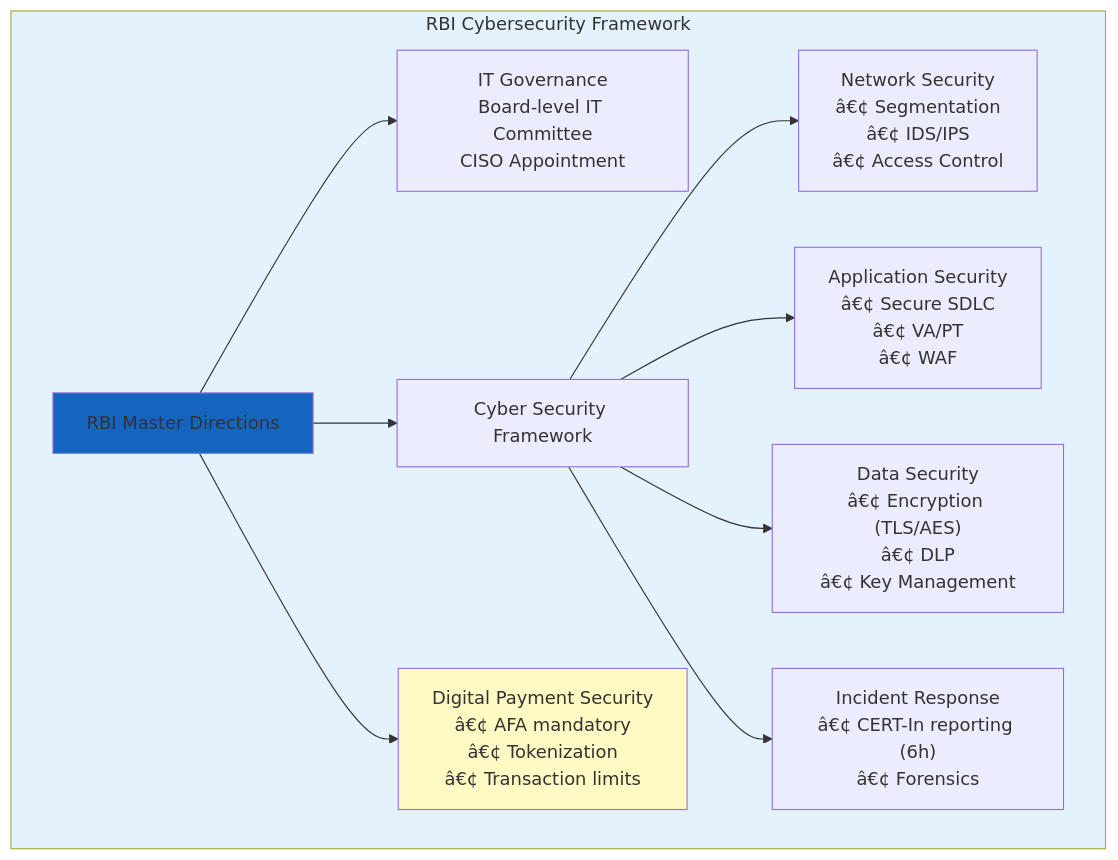
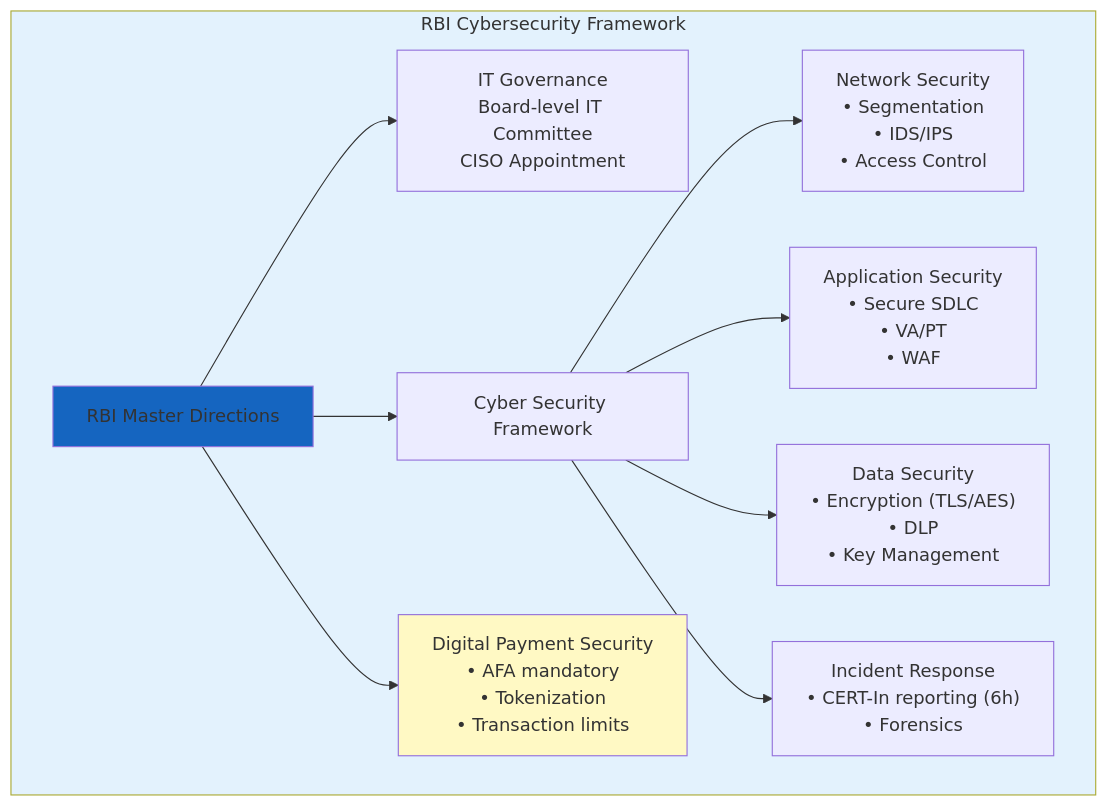
Before and after one commit to Raushan666java/ai-engineering-journey: the first of 4 diagrams in docs/courses/information-security/05-banking-payment-security.md, drawn with Mermaid. The commit also changed other lines of this file and 965 other files, not shown here.

````diff
--- a/docs/courses/information-security/05-banking-payment-security.md
+++ b/docs/courses/information-security/05-banking-payment-security.md
@@ -83,15 +83,15 @@
 ```mermaid
 flowchart TD
     subgraph RBIFramework[RBI Cybersecurity Framework]
         RB["RBI Master Directions"] --> ITG["IT Governance<br/>Board-level IT Committee<br/>CISO Appointment"]
         RB --> CSF["Cyber Security Framework"]
-        CSF --> NS["Network Security<br/>â€¢ Segmentation<br/>â€¢ IDS/IPS<br/>â€¢ Access Control"]
-        CSF --> AS["Application Security<br/>â€¢ Secure SDLC<br/>â€¢ VA/PT<br/>â€¢ WAF"]
-        CSF --> DS["Data Security<br/>â€¢ Encryption (TLS/AES)<br/>â€¢ DLP<br/>â€¢ Key Management"]
-        CSF --> IR["Incident Response<br/>â€¢ CERT-In reporting (6h)<br/>â€¢ Forensics"]
-        RB --> PAY["Digital Payment Security<br/>â€¢ AFA mandatory<br/>â€¢ Tokenization<br/>â€¢ Transaction limits"]
+        CSF --> NS["Network Security<br/>• Segmentation<br/>• IDS/IPS<br/>• Access Control"]
+        CSF --> AS["Application Security<br/>• Secure SDLC<br/>• VA/PT<br/>• WAF"]
+        CSF --> DS["Data Security<br/>• Encryption (TLS/AES)<br/>• DLP<br/>• Key Management"]
+        CSF --> IR["Incident Response<br/>• CERT-In reporting (6h)<br/>• Forensics"]
+        RB --> PAY["Digital Payment Security<br/>• AFA mandatory<br/>• Tokenization<br/>• Transaction limits"]
     end
     style RBIFramework fill:#e3f2fd
     style RB fill:#1565c0
     style PAY fill:#fff9c4
 ```
````
